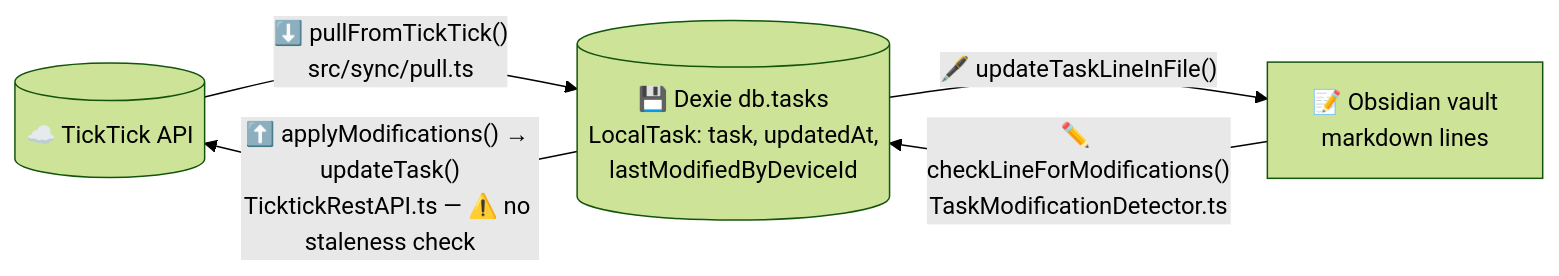
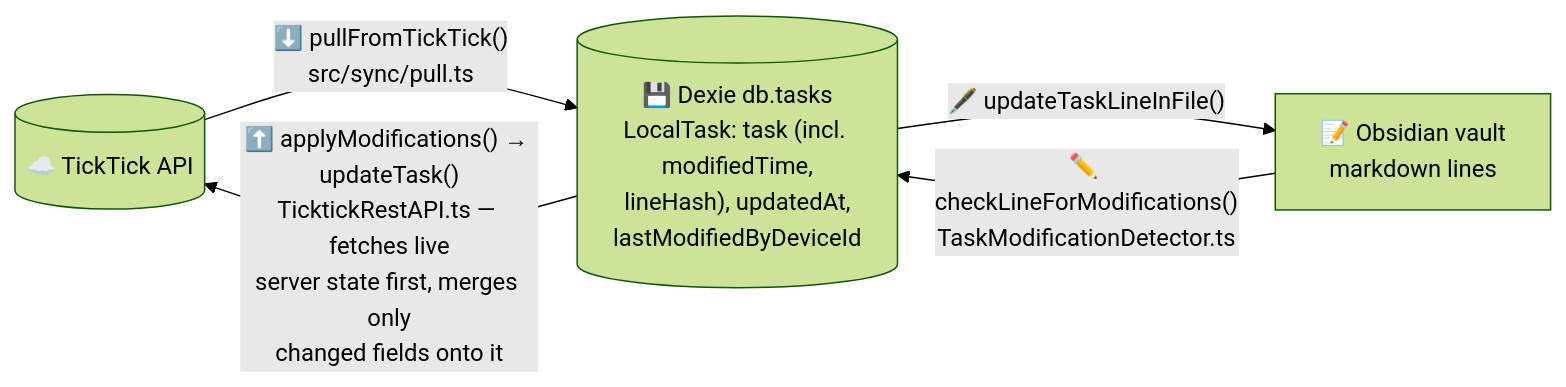
Before and after one commit to dbarnett/TickTickSync: the first of 5 diagrams in docs/sync-logic.md, drawn with Mermaid (forest theme). The commit also changed other lines of this file and 4 other files, not shown here.

````diff
--- a/docs/sync-logic.md
+++ b/docs/sync-logic.md
@@ -21,11 +21,11 @@
 ```mermaid
 flowchart LR
     TT[("☁️ TickTick API")]
-    Dexie[("💾 Dexie db.tasks<br/>LocalTask: task, updatedAt,<br/>lastModifiedByDeviceId")]
+    Dexie[("💾 Dexie db.tasks<br/>LocalTask: task (incl. modifiedTime,<br/>lineHash), updatedAt,<br/>lastModifiedByDeviceId")]
     Obs["📝 Obsidian vault<br/>markdown lines"]
 
     TT -- "⬇️ pullFromTickTick()<br/>src/sync/pull.ts" --> Dexie
     Obs -- "✏️ checkLineForModifications()<br/>TaskModificationDetector.ts" --> Dexie
-    Dexie -- "⬆️ applyModifications() → updateTask()<br/>TicktickRestAPI.ts — ⚠️ no staleness check" --> TT
+    Dexie -- "⬆️ applyModifications() → updateTask()<br/>TicktickRestAPI.ts — fetches live<br/>server state first, merges only<br/>changed fields onto it" --> TT
     Dexie -- "🖋️ updateTaskLineInFile()" --> Obs
 ```
````
